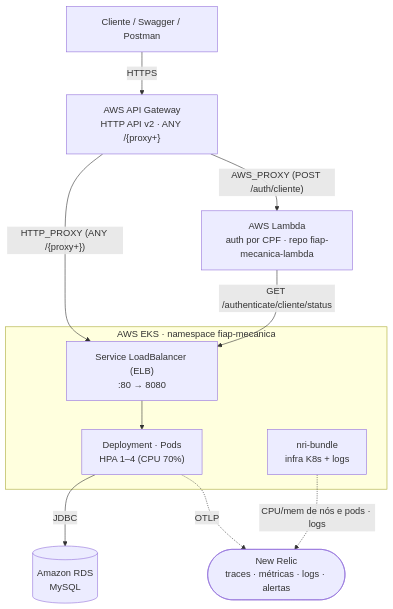
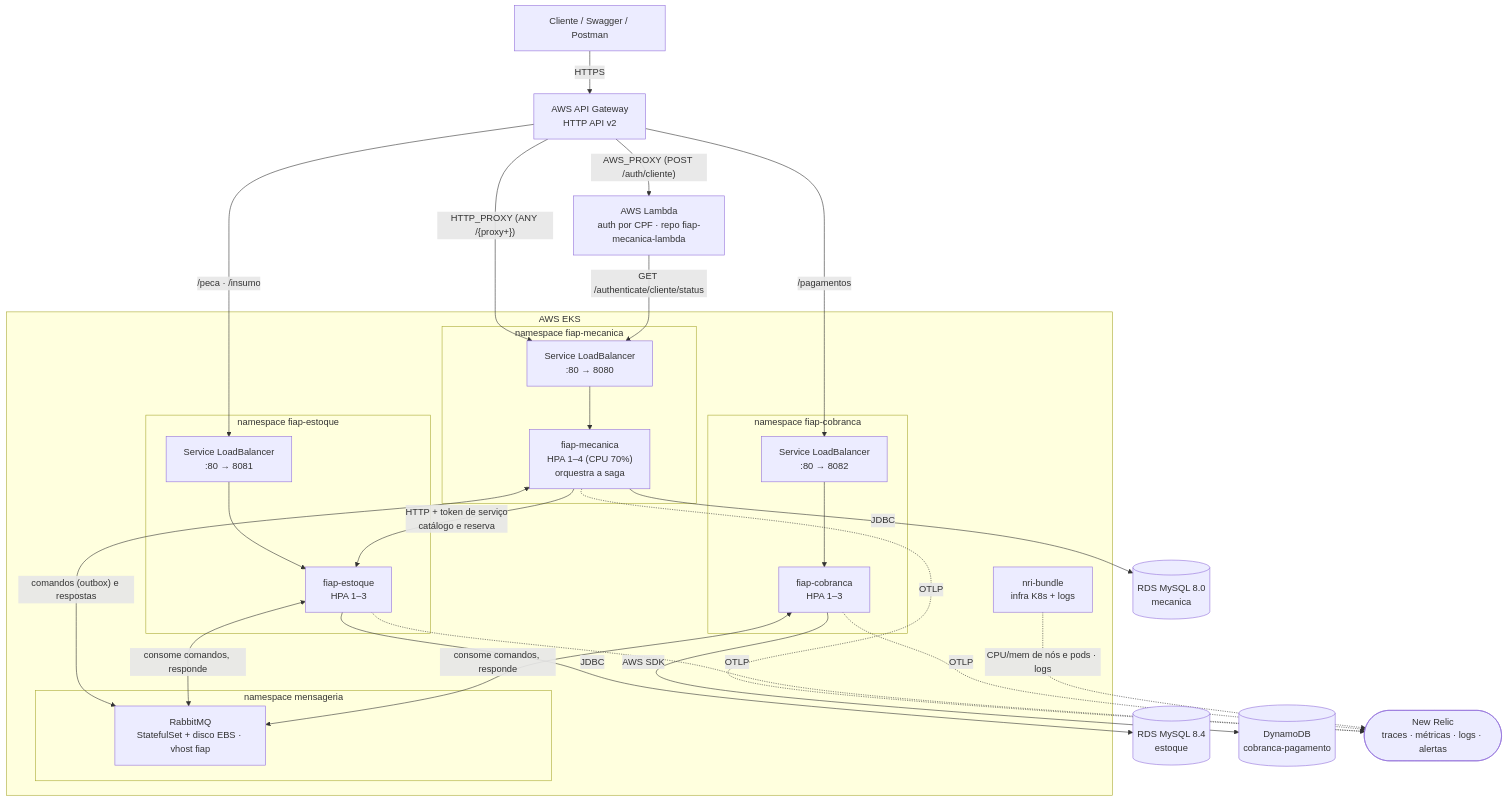
The diagram in README.md (ArthurPeruzzo/fiap-mecanica), drawn with Mermaid before and after one commit. The commit also changed other lines of this file and 9 other files, not shown here.

````diff
--- a/README.md
+++ b/README.md
@@ -74,23 +76,46 @@
 ```mermaid
 graph TD
     Cli["Cliente / Swagger / Postman"]
-    APIGW["AWS API Gateway<br/>HTTP API v2 · ANY /{proxy+}"]
+    APIGW["AWS API Gateway<br/>HTTP API v2"]
     Lambda["AWS Lambda<br/>auth por CPF · repo fiap-mecanica-lambda"]
 
-    subgraph EKS["AWS EKS · namespace fiap-mecanica"]
-        ELB["Service LoadBalancer (ELB)<br/>:80 → 8080"]
-        Pods["Deployment · Pods<br/>HPA 1–4 (CPU 70%)"]
+    subgraph EKS["AWS EKS"]
+        subgraph NSM["namespace fiap-mecanica"]
+            ELB["Service LoadBalancer<br/>:80 → 8080"]
+            Pods["fiap-mecanica<br/>HPA 1–4 (CPU 70%)<br/>orquestra a saga"]
+        end
+        subgraph NSE["namespace fiap-estoque"]
+            ELBE["Service LoadBalancer<br/>:80 → 8081"]
+            PodsE["fiap-estoque<br/>HPA 1–3"]
+        end
+        subgraph NSC["namespace fiap-cobranca"]
+            ELBC["Service LoadBalancer<br/>:80 → 8082"]
+            PodsC["fiap-cobranca<br/>HPA 1–3"]
+        end
+        subgraph NSQ["namespace mensageria"]
+            MQ["RabbitMQ<br/>StatefulSet + disco EBS · vhost fiap"]
+        end
         NRI["nri-bundle<br/>infra K8s + logs"]
     end
 
-    RDS[("Amazon RDS<br/>MySQL")]
+    RDS[("RDS MySQL 8.0<br/>mecanica")]
+    RDSE[("RDS MySQL 8.4<br/>estoque")]
+    DDB[("DynamoDB<br/>cobranca-pagamento")]
     NR(["New Relic<br/>traces · métricas · logs · alertas"])
 
     Cli -->|HTTPS| APIGW
     APIGW -->|"HTTP_PROXY (ANY /{proxy+})"| ELB --> Pods
+    APIGW -->|"/peca · /insumo"| ELBE --> PodsE
+    APIGW -->|"/pagamentos"| ELBC --> PodsC
     APIGW -->|"AWS_PROXY (POST /auth/cliente)"| Lambda
     Lambda -->|GET /authenticate/cliente/status| ELB
+    Pods -->|"HTTP + token de serviço<br/>catálogo e reserva"| PodsE
+    Pods <-->|"comandos (outbox) e respostas"| MQ
+    PodsE <-->|"consome comandos, responde"| MQ
+    PodsC <-->|"consome comandos, responde"| MQ
     Pods -->|JDBC| RDS
-    Pods -.->|OTLP| NR
+    PodsE -->|JDBC| RDSE
+    PodsC -->|AWS SDK| DDB
+    Pods & PodsE & PodsC -.->|OTLP| NR
     NRI -.->|CPU/mem de nós e pods · logs| NR
 ```
````
